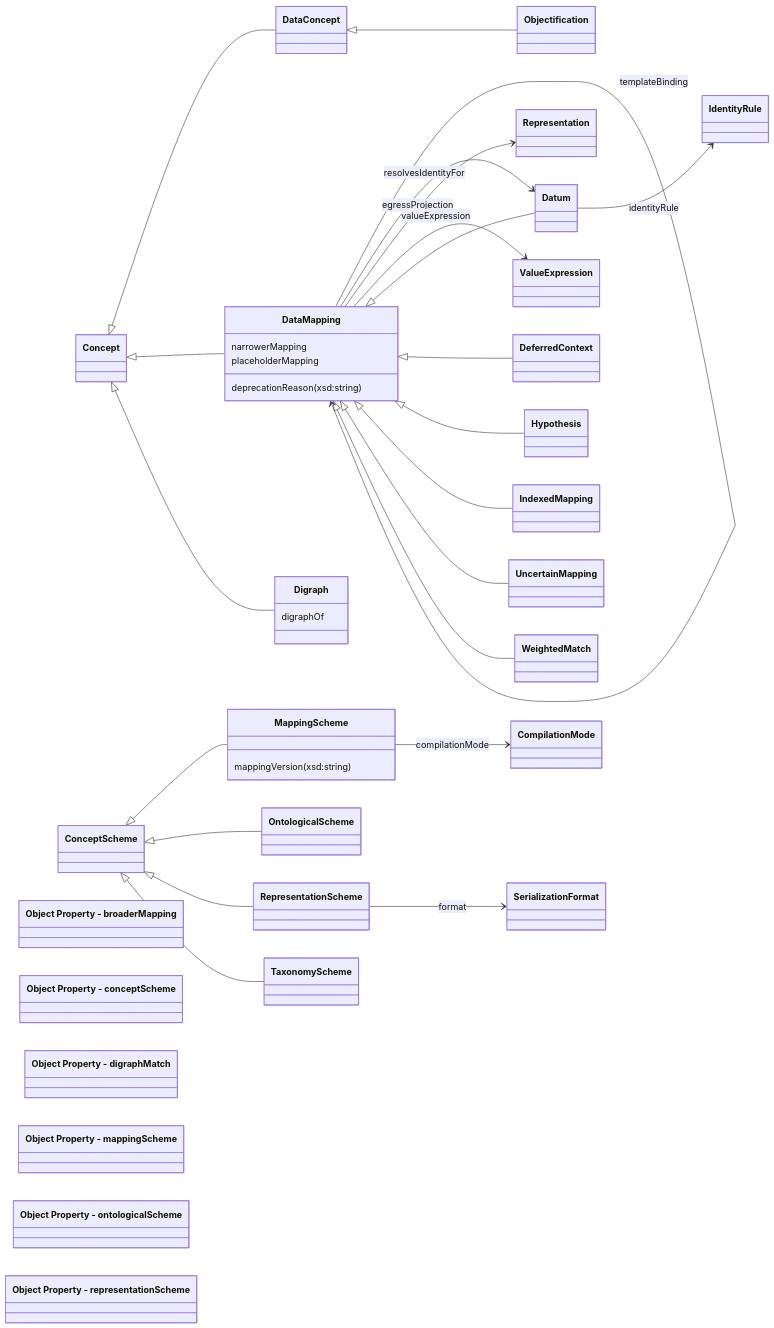
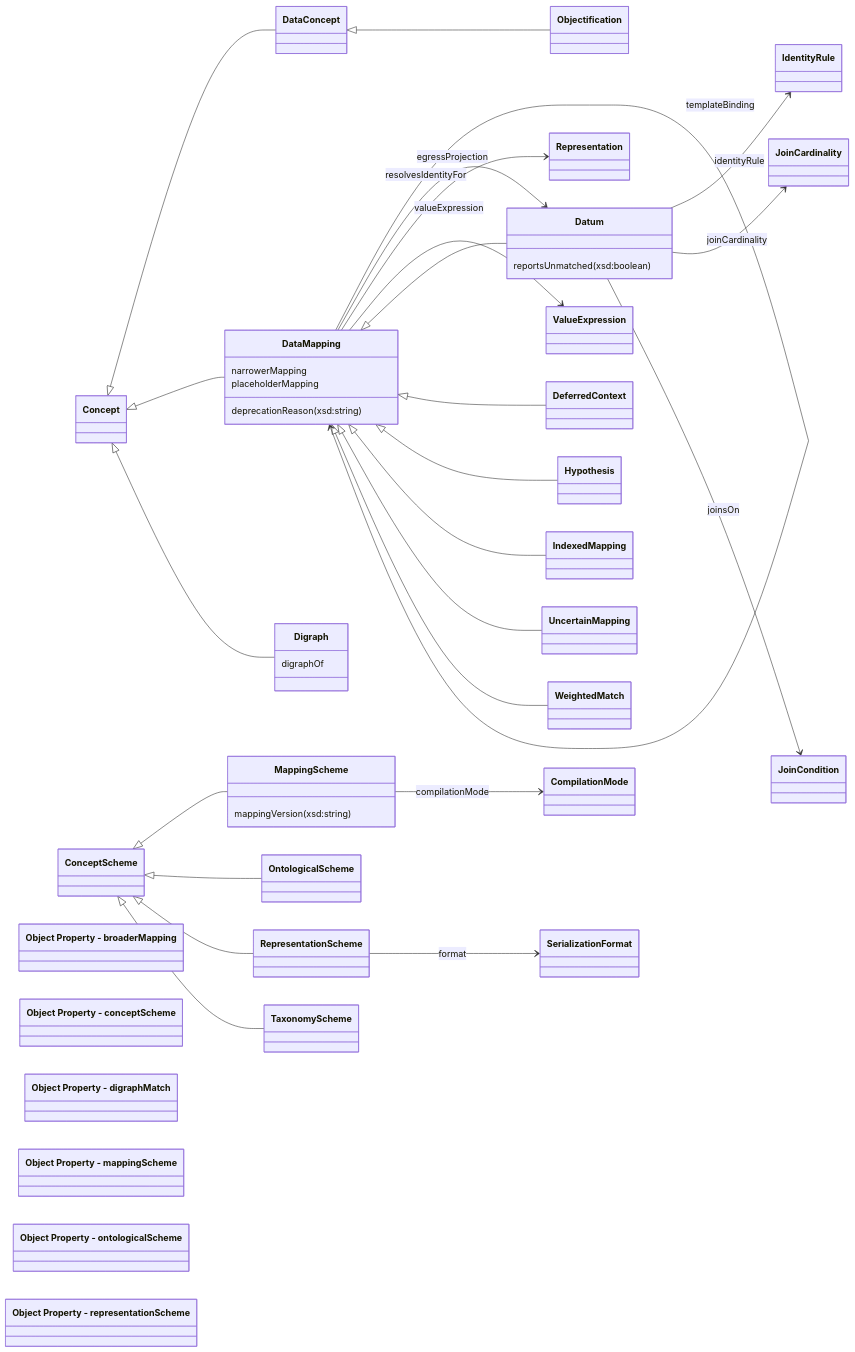
Before and after one commit to nebularis/lattice: the second of 16 diagrams in ontology/mork/README.md, drawn with Mermaid. The commit also changed other lines of this file and 28 other files, not shown here.

````diff
--- a/ontology/mork/README.md
+++ b/ontology/mork/README.md
@@ -100,63 +100,69 @@
 ```mermaid
 classDiagram
     direction LR
     class CompilationMode
     class Concept
     class ConceptScheme
     class DataConcept
     class DataMapping {
         deprecationReason (xsd:string)
         narrowerMapping
         placeholderMapping
     }
-    class Datum
+    class Datum {
+        reportsUnmatched (xsd:boolean)
+    }
     class DeferredContext
     class Digraph {
         digraphOf
     }
     class Hypothesis
     class IdentityRule
     class IndexedMapping
+    class JoinCardinality
+    class JoinCondition
     class MappingScheme {
         mappingVersion (xsd:string)
     }
     class Objectification
     class OntologicalScheme
     class Representation
     class RepresentationScheme
     class SerializationFormat
     class TaxonomyScheme
     class UncertainMapping
     class ValueExpression
     class WeightedMatch
     Concept <|-- DataConcept
     Concept <|-- DataMapping
     Concept <|-- Digraph
     ConceptScheme <|-- MappingScheme
     ConceptScheme <|-- OntologicalScheme
     ConceptScheme <|-- RepresentationScheme
     ConceptScheme <|-- TaxonomyScheme
     DataConcept <|-- Objectification
     DataMapping --> DataMapping : precedes
     DataMapping --> DataMapping : softPrecedes
     DataMapping --> DataMapping : supersedes
     DataMapping --> DataMapping : templateBinding
     DataMapping --> Datum : resolvesIdentityFor
     DataMapping --> Representation : egressProjection
     DataMapping --> ValueExpression : valueExpression
     DataMapping <|-- Datum
     DataMapping <|-- DeferredContext
     DataMapping <|-- Hypothesis
     DataMapping <|-- IndexedMapping
     DataMapping <|-- UncertainMapping
     DataMapping <|-- WeightedMatch
     Datum --> IdentityRule : identityRule
+    Datum --> JoinCardinality : joinCardinality
+    Datum --> JoinCondition : joinsOn
     MappingScheme --> CompilationMode : compilationMode
     RepresentationScheme --> SerializationFormat : format
     class ObjectProperty_broaderMapping["Object Property - broaderMapping"]
     class ObjectProperty_conceptScheme["Object Property - conceptScheme"]
     class ObjectProperty_digraphMatch["Object Property - digraphMatch"]
     class ObjectProperty_mappingScheme["Object Property - mappingScheme"]
     class ObjectProperty_ontologicalScheme["Object Property - ontologicalScheme"]
     class ObjectProperty_representationScheme["Object Property - representationScheme"]
 ```
````
